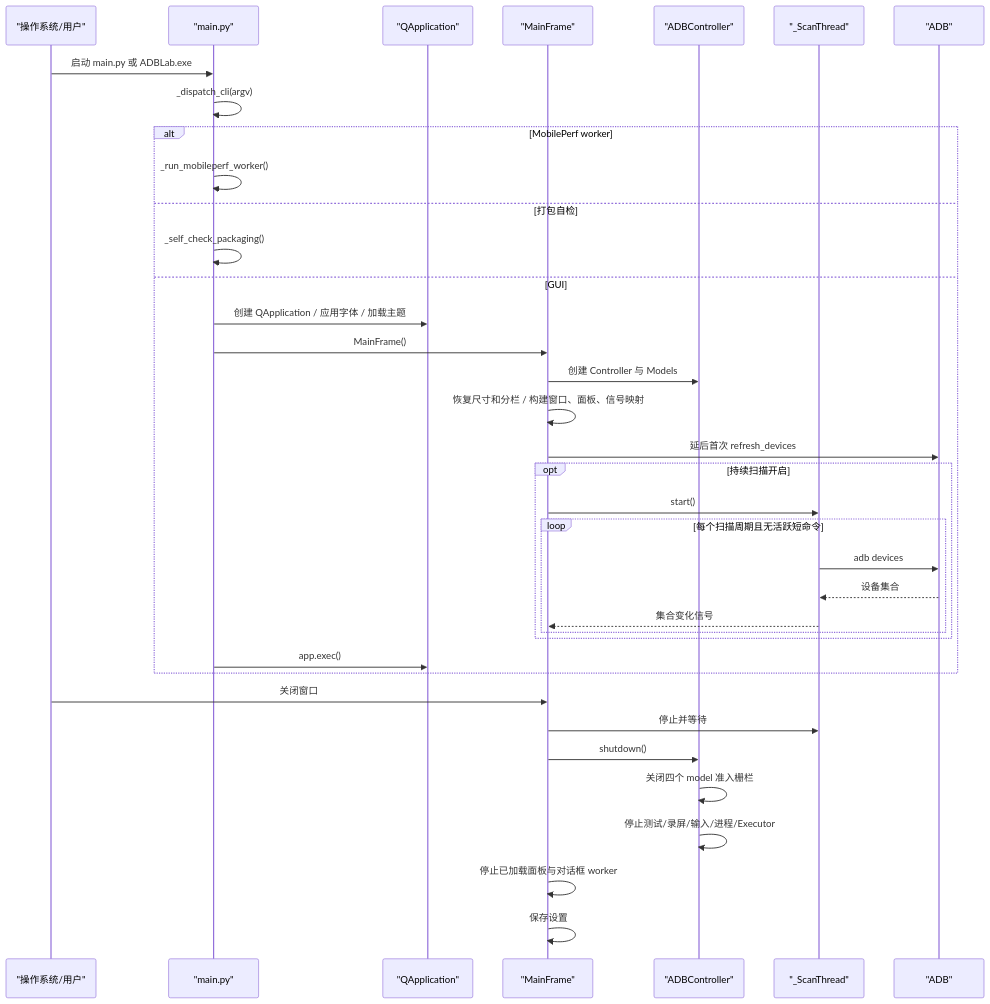
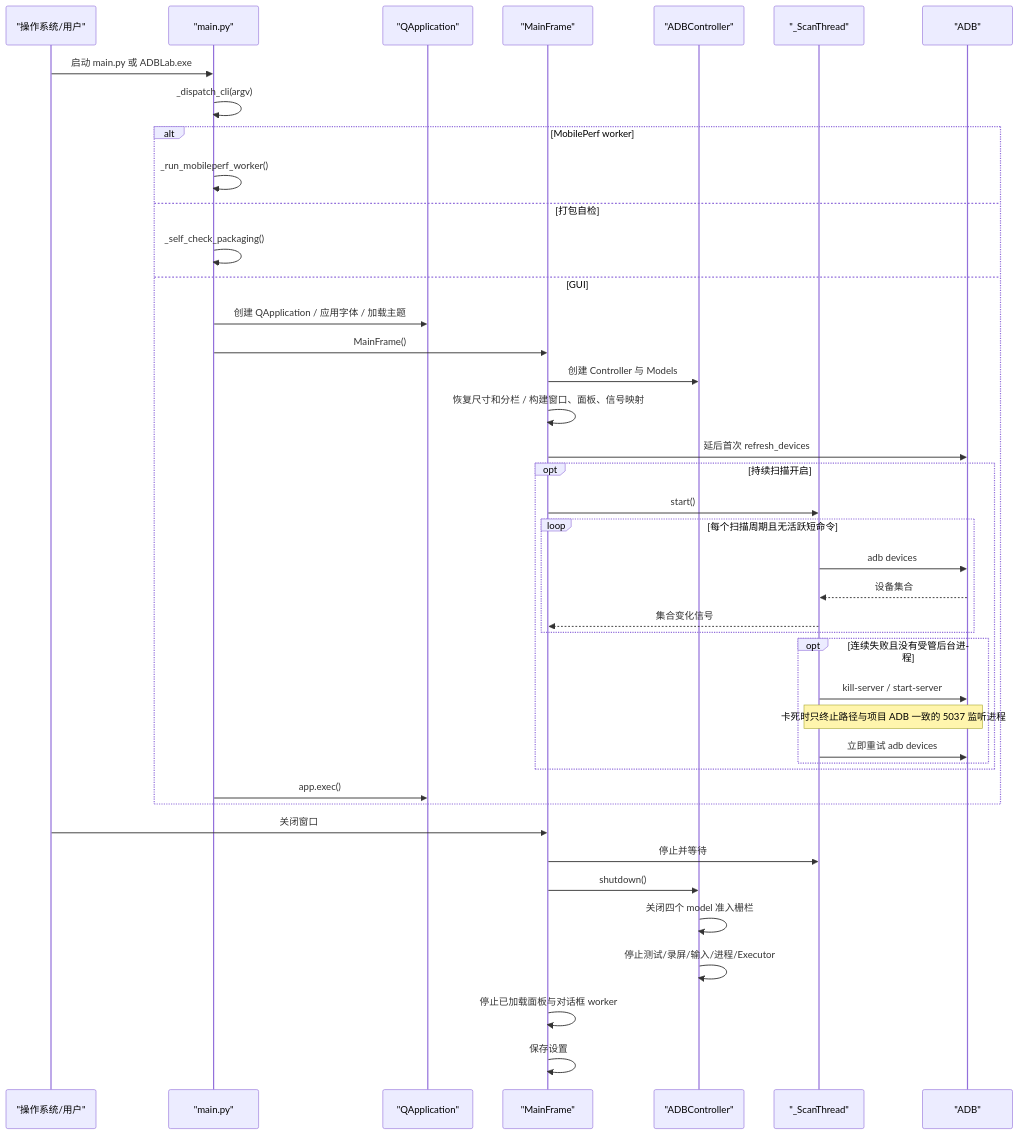
One commit to BlackHu-art/ADBLab changed the second of 2 diagrams in docs/project-knowledge/ARCHITECTURE.md. Above: the diagram before and after it, drawn with Mermaid. The commit also changed 60 other files, not shown here.

````diff
--- a/docs/project-knowledge/ARCHITECTURE.md
+++ b/docs/project-knowledge/ARCHITECTURE.md
@@ -150,40 +150,45 @@
 ```mermaid
 sequenceDiagram
     participant OS as "操作系统/用户"
     participant Main as "main.py"
     participant Qt as "QApplication"
     participant MF as "MainFrame"
     participant C as "ADBController"
     participant Scan as "_ScanThread"
     participant ADB as "ADB"
 
     OS->>Main: 启动 main.py 或 ADBLab.exe
     Main->>Main: _dispatch_cli(argv)
     alt MobilePerf worker
         Main->>Main: _run_mobileperf_worker()
     else 打包自检
         Main->>Main: _self_check_packaging()
     else GUI
         Main->>Qt: 创建 QApplication / 应用字体 / 加载主题
         Main->>MF: MainFrame()
         MF->>C: 创建 Controller 与 Models
         MF->>MF: 恢复尺寸和分栏 / 构建窗口、面板、信号映射
         MF->>ADB: 延后首次 refresh_devices
         opt 持续扫描开启
             MF->>Scan: start()
             loop 每个扫描周期且无活跃短命令
                 Scan->>ADB: adb devices
                 ADB-->>Scan: 设备集合
                 Scan-->>MF: 集合变化信号
             end
+            opt 连续失败且没有受管后台进程
+                Scan->>ADB: kill-server / start-server
+                Note over Scan,ADB: 卡死时只终止路径与项目 ADB 一致的 5037 监听进程
+                Scan->>ADB: 立即重试 adb devices
+            end
         end
         Main->>Qt: app.exec()
     end
     OS->>MF: 关闭窗口
     MF->>Scan: 停止并等待
     MF->>C: shutdown()
     C->>C: 关闭四个 model 准入栅栏
     C->>C: 停止测试/录屏/输入/进程/Executor
     MF->>MF: 停止已加载面板与对话框 worker
     MF->>MF: 保存设置
 ```
````
